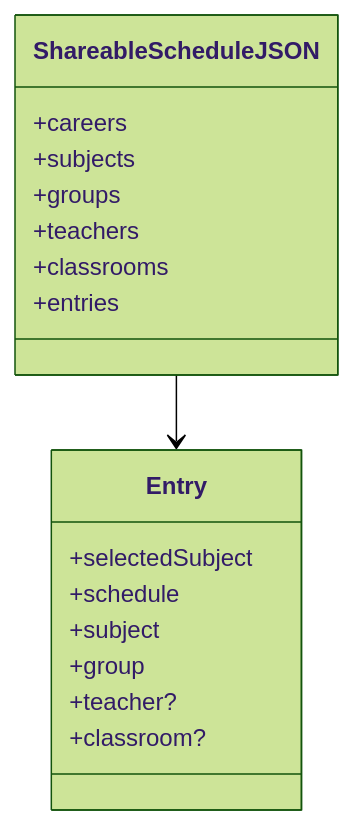
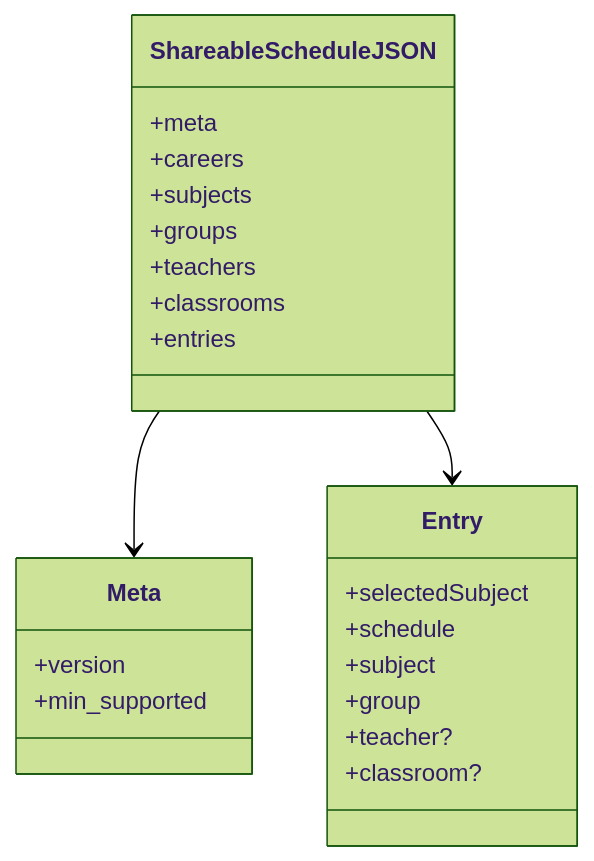
One commit to smith-3/Taller-Grado-II changed the diagram in images/diagrams/json_intercambio_esquema.mmd. Above: the diagram before and after it, drawn with Mermaid (forest theme). The commit also changed 120 other files, not shown here.

```diff
--- a/images/diagrams/json_intercambio_esquema.mmd
+++ b/images/diagrams/json_intercambio_esquema.mmd
@@ -1,18 +1,24 @@
 classDiagram
     class ShareableScheduleJSON {
+      +meta
       +careers
       +subjects
       +groups
       +teachers
       +classrooms
       +entries
+    }
+    class Meta {
+      +version
+      +min_supported
     }
     class Entry {
       +selectedSubject
       +schedule
       +subject
       +group
       +teacher?
       +classroom?
     }
+    ShareableScheduleJSON --> Meta
     ShareableScheduleJSON --> Entry
```
